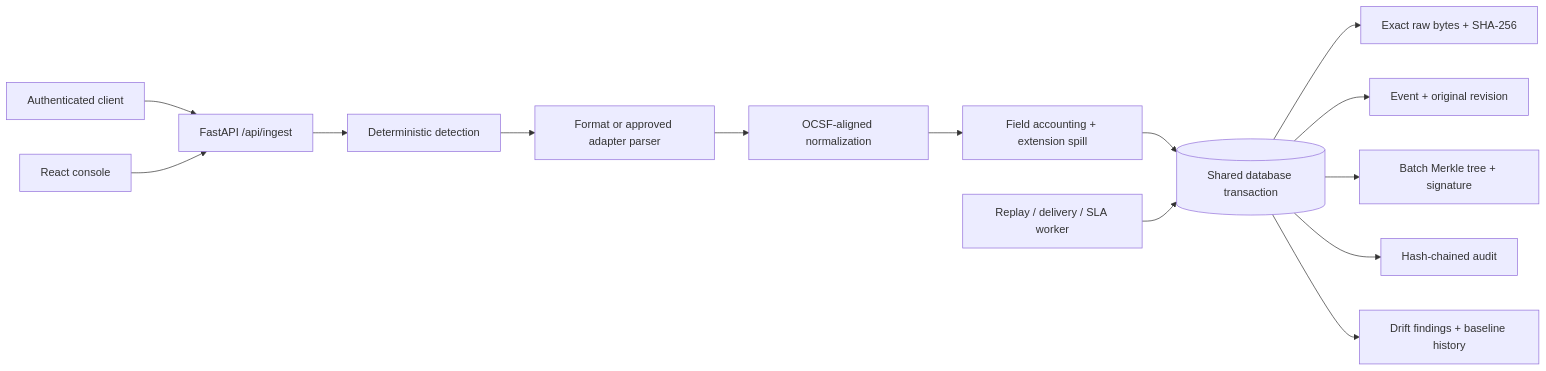
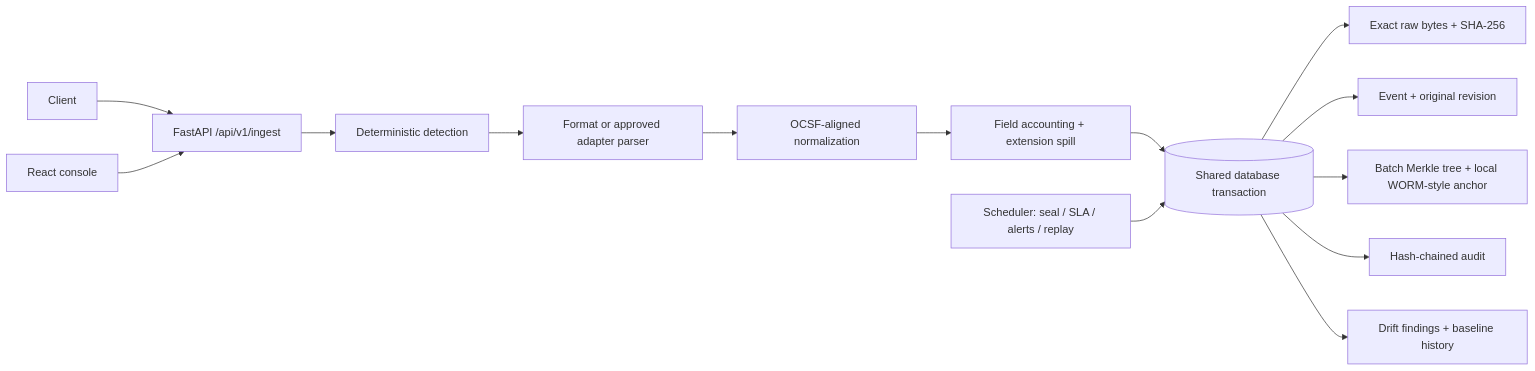
The first of 3 diagrams in docs/ARCHITECTURE.md (Kavish2808/logforge-ai), drawn with Mermaid before and after one commit. The commit also changed other lines of this file and 27 other files, not shown here.

````diff
--- a/docs/ARCHITECTURE.md
+++ b/docs/ARCHITECTURE.md
@@ -5,16 +5,16 @@
 ```mermaid
 flowchart LR
-  Client[Authenticated client] --> API[FastAPI /api/ingest]
+  Client[Client] --> API[FastAPI /api/v1/ingest]
   API --> Detect[Deterministic detection]
   Detect --> Parse[Format or approved adapter parser]
   Parse --> Normalize[OCSF-aligned normalization]
   Normalize --> Fields[Field accounting + extension spill]
   Fields --> Store[(Shared database transaction)]
   Store --> Raw[Exact raw bytes + SHA-256]
   Store --> Event[Event + original revision]
-  Store --> Merkle[Batch Merkle tree + signature]
+  Store --> Merkle[Batch Merkle tree + local WORM-style anchor]
   Store --> Audit[Hash-chained audit]
   Store --> Drift[Drift findings + baseline history]
   UI[React console] --> API
-  Worker[Replay / delivery / SLA worker] --> Store
+  Worker[Scheduler: seal / SLA / alerts / replay] --> Store
 ```
````
